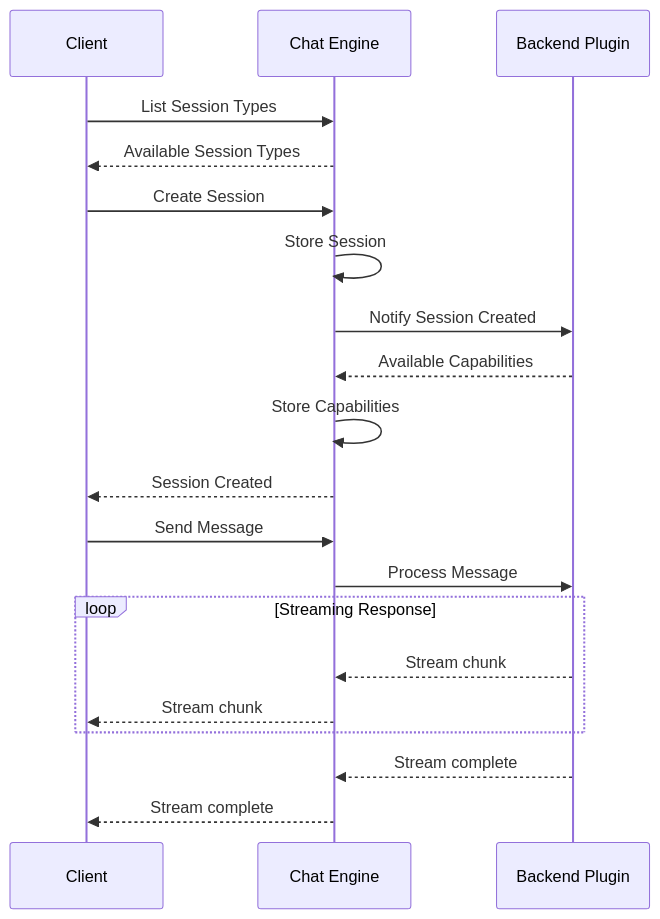
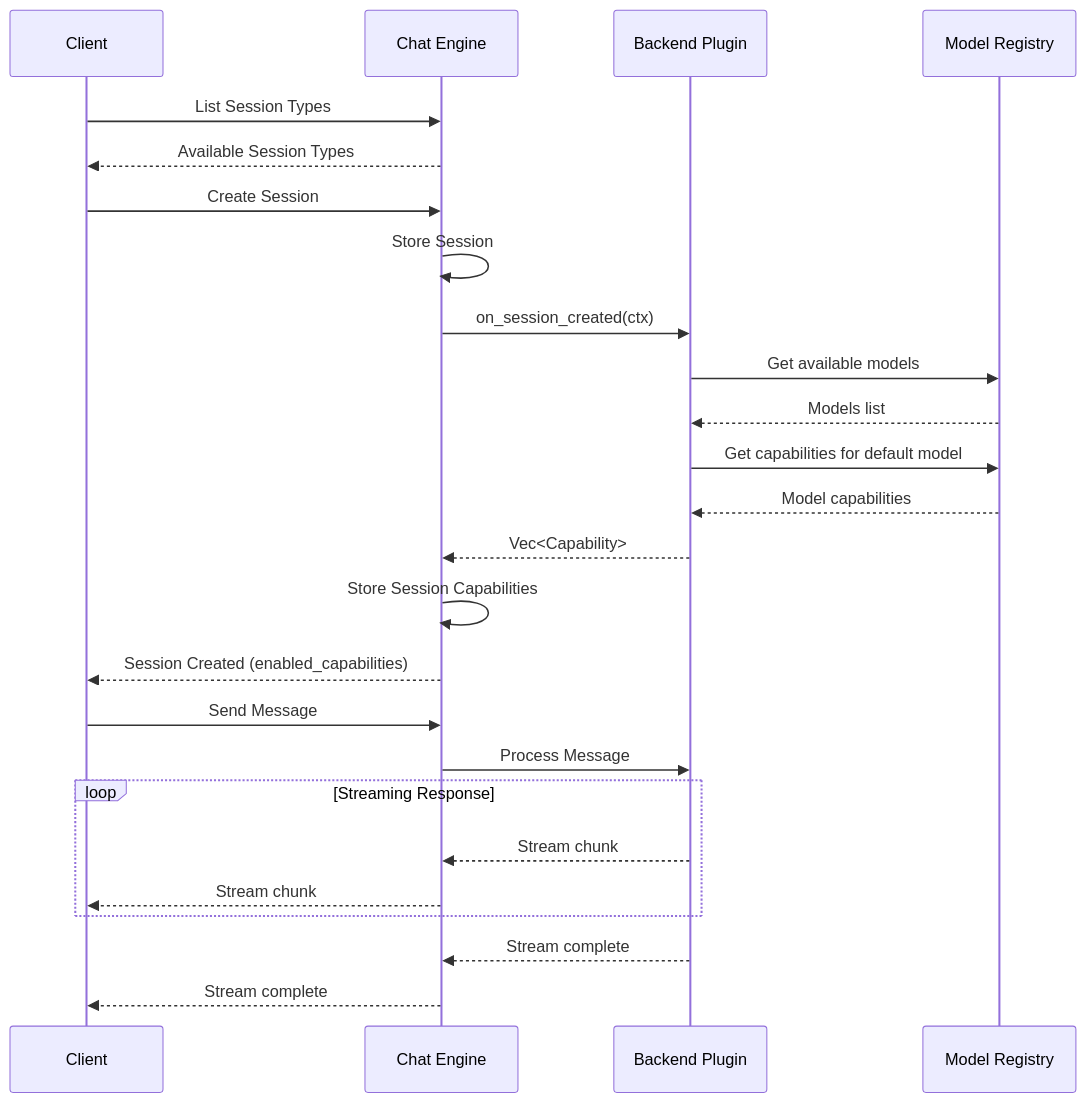
One commit to Ritmix3300/cyberfabric-core changed the third of 16 diagrams in modules/chat_engine/docs/DESIGN.md. Above: the diagram before and after it, drawn with Mermaid. The commit also changed other lines of this file and 7 other files, not shown here.

Commit message:
upd llm plugin capabilities

````diff
--- a/modules/chat_engine/docs/DESIGN.md
+++ b/modules/chat_engine/docs/DESIGN.md
@@ -610,30 +624,35 @@
 ```mermaid
 sequenceDiagram
     participant Client
     participant Chat Engine
     participant Backend Plugin
+    participant Model Registry
 
     Client->>Chat Engine: List Session Types
     Chat Engine-->>Client: Available Session Types
 
     Client->>Chat Engine: Create Session
 
     Chat Engine->>Chat Engine: Store Session
-    Chat Engine->>Backend Plugin: Notify Session Created
-    Backend Plugin-->>Chat Engine: Available Capabilities
+    Chat Engine->>Backend Plugin: on_session_created(ctx)
+    Backend Plugin->>Model Registry: Get available models
+    Model Registry-->>Backend Plugin: Models list
+    Backend Plugin->>Model Registry: Get capabilities for default model
+    Model Registry-->>Backend Plugin: Model capabilities
+    Backend Plugin-->>Chat Engine: Vec<Capability>
 
-    Chat Engine->>Chat Engine: Store Capabilities
-    Chat Engine-->>Client: Session Created
+    Chat Engine->>Chat Engine: Store Session Capabilities
+    Chat Engine-->>Client: Session Created (enabled_capabilities)
 
     Client->>Chat Engine: Send Message
 
     Chat Engine->>Backend Plugin: Process Message
 
     loop Streaming Response
         Backend Plugin-->>Chat Engine: Stream chunk
         Chat Engine-->>Client: Stream chunk
     end
 
     Backend Plugin-->>Chat Engine: Stream complete
     Chat Engine-->>Client: Stream complete
 ```
````
